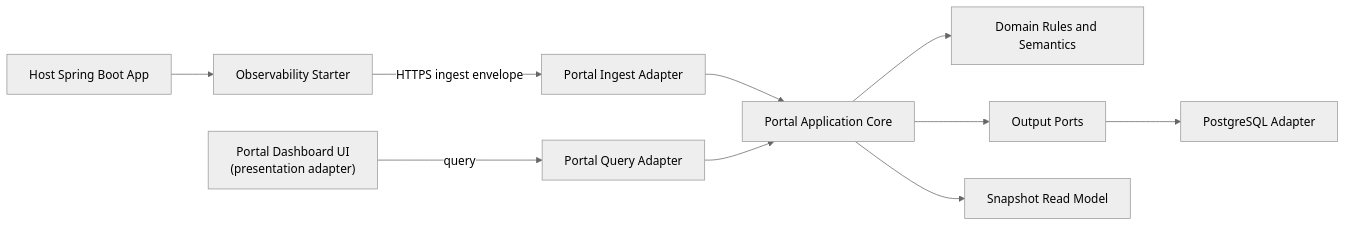
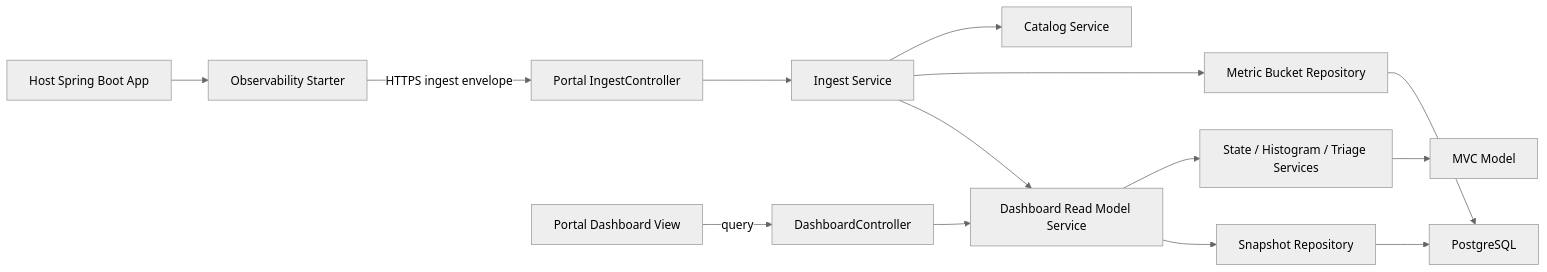
The diagram in planning-artifacts/architecture.md (tlsdla1235/obser_service), drawn with Mermaid (neutral theme) before and after one commit. The commit also changed other lines of this file and 38 other files, not shown here.

````diff
--- a/planning-artifacts/architecture.md
+++ b/planning-artifacts/architecture.md
@@ -39,12 +41,16 @@
 ```mermaid
 flowchart LR
   Host["Host Spring Boot App"] --> Starter["Observability Starter"]
-  Starter -->|HTTPS ingest envelope| PortalIn["Portal Ingest Adapter"]
-  PortalIn --> AppCore["Portal Application Core"]
-  AppCore --> Domain["Domain Rules and Semantics"]
-  AppCore --> OutPorts["Output Ports"]
-  OutPorts --> Pg["PostgreSQL Adapter"]
-  AppCore --> ReadModel["Snapshot Read Model"]
-  Dashboard["Portal Dashboard UI<br/>(presentation adapter)"] -->|query| PortalQuery["Portal Query Adapter"]
-  PortalQuery --> AppCore
+  Starter -->|HTTPS ingest envelope| IngestController["Portal IngestController"]
+  IngestController --> IngestService["Ingest Service"]
+  IngestService --> CatalogService["Catalog Service"]
+  IngestService --> BucketRepository["Metric Bucket Repository"]
+  IngestService --> DashboardService["Dashboard Read Model Service"]
+  DashboardService --> RuleServices["State / Histogram / Triage Services"]
+  RuleServices --> Model["MVC Model"]
+  DashboardService --> SnapshotRepository["Snapshot Repository"]
+  SnapshotRepository --> Pg["PostgreSQL"]
+  BucketRepository --> Pg
+  Dashboard["Portal Dashboard View"] -->|query| DashboardController["DashboardController"]
+  DashboardController --> DashboardService
 ```
````
